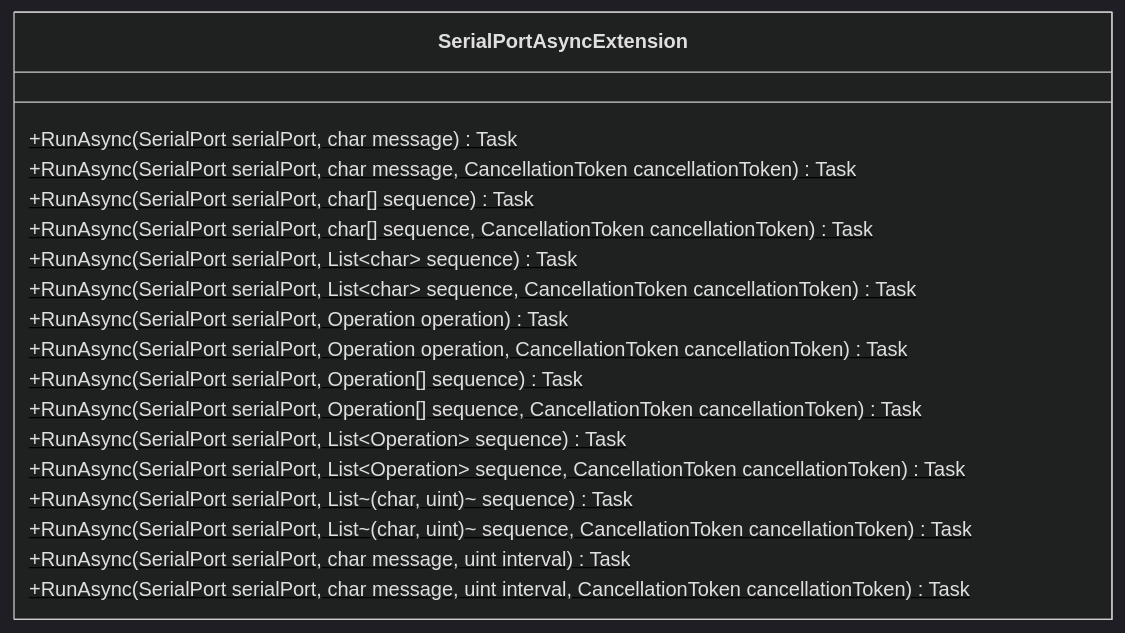
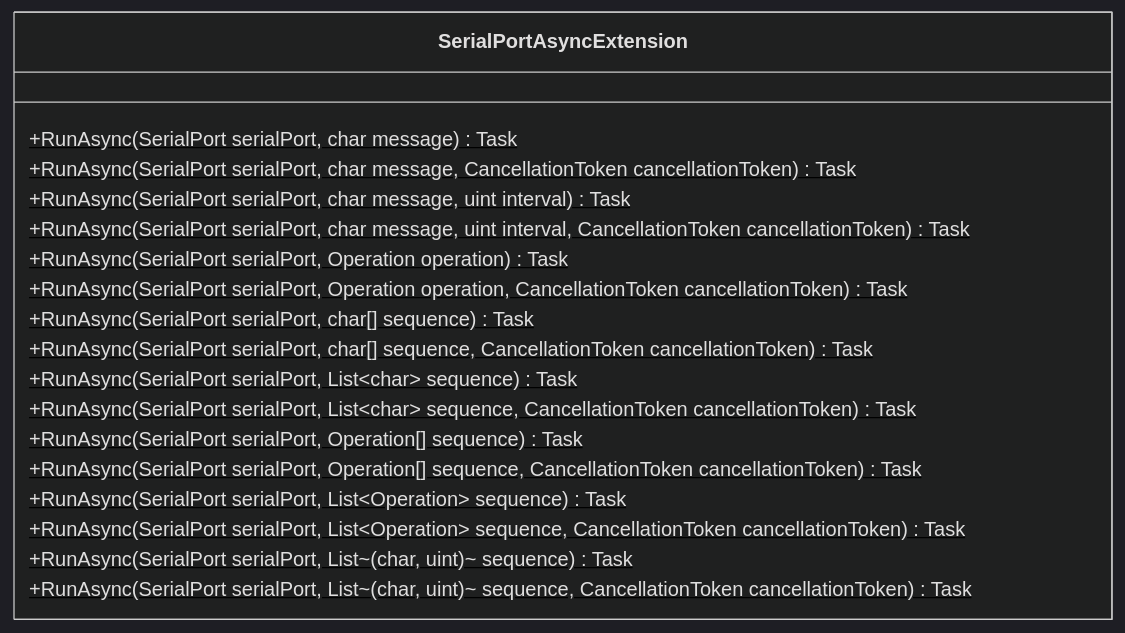
One commit to u1f992/Sunameri changed the second of 4 diagrams in README.md. Above: the diagram before and after it, drawn with Mermaid (dark theme). The commit also changed other lines of this file and 2 other files, not shown here.

````diff
--- a/README.md
+++ b/README.md
@@ -68,21 +68,21 @@
 ```mermaid
 classDiagram
 class SerialPortAsyncExtension {
     +RunAsync(SerialPort serialPort, char message)$ Task
     +RunAsync(SerialPort serialPort, char message, CancellationToken cancellationToken)$ Task
+    +RunAsync(SerialPort serialPort, char message, uint interval)$ Task
+    +RunAsync(SerialPort serialPort, char message, uint interval, CancellationToken cancellationToken)$ Task
+    +RunAsync(SerialPort serialPort, Operation operation)$ Task
+    +RunAsync(SerialPort serialPort, Operation operation, CancellationToken cancellationToken)$ Task
     +RunAsync(SerialPort serialPort, char[] sequence)$ Task
     +RunAsync(SerialPort serialPort, char[] sequence, CancellationToken cancellationToken)$ Task
     +RunAsync(SerialPort serialPort, List~char~ sequence)$ Task
     +RunAsync(SerialPort serialPort, List~char~ sequence, CancellationToken cancellationToken)$ Task
-    +RunAsync(SerialPort serialPort, Operation operation)$ Task
-    +RunAsync(SerialPort serialPort, Operation operation, CancellationToken cancellationToken)$ Task
     +RunAsync(SerialPort serialPort, Operation[] sequence)$ Task
     +RunAsync(SerialPort serialPort, Operation[] sequence, CancellationToken cancellationToken)$ Task
     +RunAsync(SerialPort serialPort, List~Operation~ sequence)$ Task
     +RunAsync(SerialPort serialPort, List~Operation~ sequence, CancellationToken cancellationToken)$ Task
     +RunAsync(SerialPort serialPort, List~(char, uint)~ sequence)$ Task
     +RunAsync(SerialPort serialPort, List~(char, uint)~ sequence, CancellationToken cancellationToken)$ Task
-    +RunAsync(SerialPort serialPort, char message, uint interval)$ Task
-    +RunAsync(SerialPort serialPort, char message, uint interval, CancellationToken cancellationToken)$ Task
 }
 ```
````
